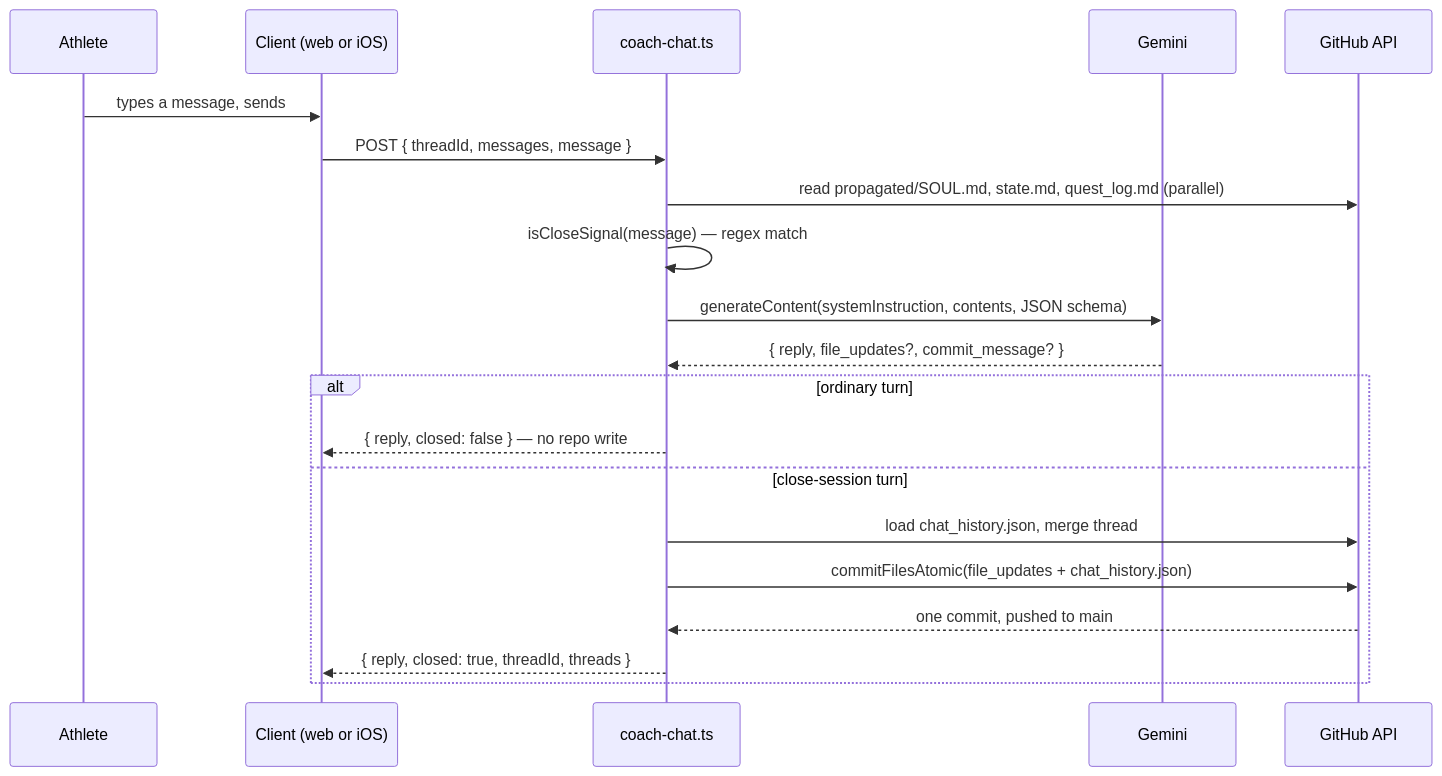
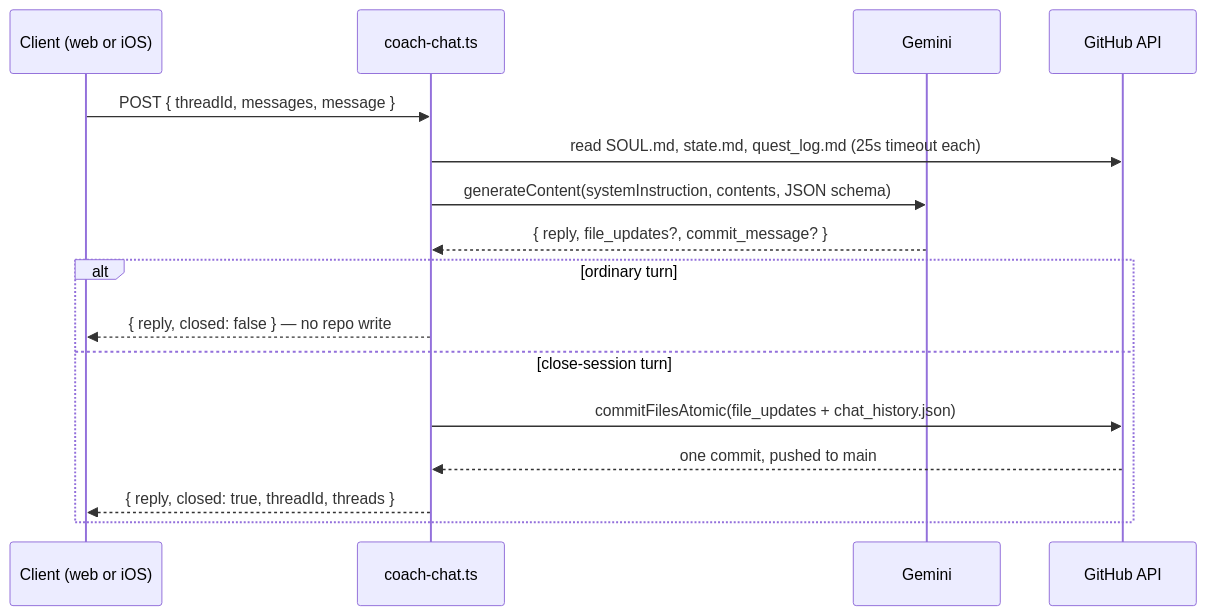
The second of 2 diagrams in docs/eng-docs/coach-chat-flow.md (sibling-shipyard/coach-hq), drawn with Mermaid before and after one commit. The commit also changed other lines of this file, not shown here.

First line of the commit message:
core: refresh coach-chat-flow doc to current state (#172-181) (#182)

````diff
--- a/docs/eng-docs/coach-chat-flow.md
+++ b/docs/eng-docs/coach-chat-flow.md
@@ -38,22 +39,18 @@
 ```mermaid
 sequenceDiagram
-    participant U as Athlete
     participant C as Client (web or iOS)
     participant A as coach-chat.ts
     participant G as Gemini
     participant GH as GitHub API
-    U->>C: types a message, sends
     C->>A: POST { threadId, messages, message }
-    A->>GH: read propagated/SOUL.md, state.md, quest_log.md (parallel)
-    A->>A: isCloseSignal(message) — regex match
+    A->>GH: read SOUL.md, state.md, quest_log.md (25s timeout each)
     A->>G: generateContent(systemInstruction, contents, JSON schema)
     G-->>A: { reply, file_updates?, commit_message? }
     alt ordinary turn
         A-->>C: { reply, closed: false } — no repo write
     else close-session turn
-        A->>GH: load chat_history.json, merge thread
         A->>GH: commitFilesAtomic(file_updates + chat_history.json)
         GH-->>A: one commit, pushed to main
         A-->>C: { reply, closed: true, threadId, threads }
     end
 ```
````
